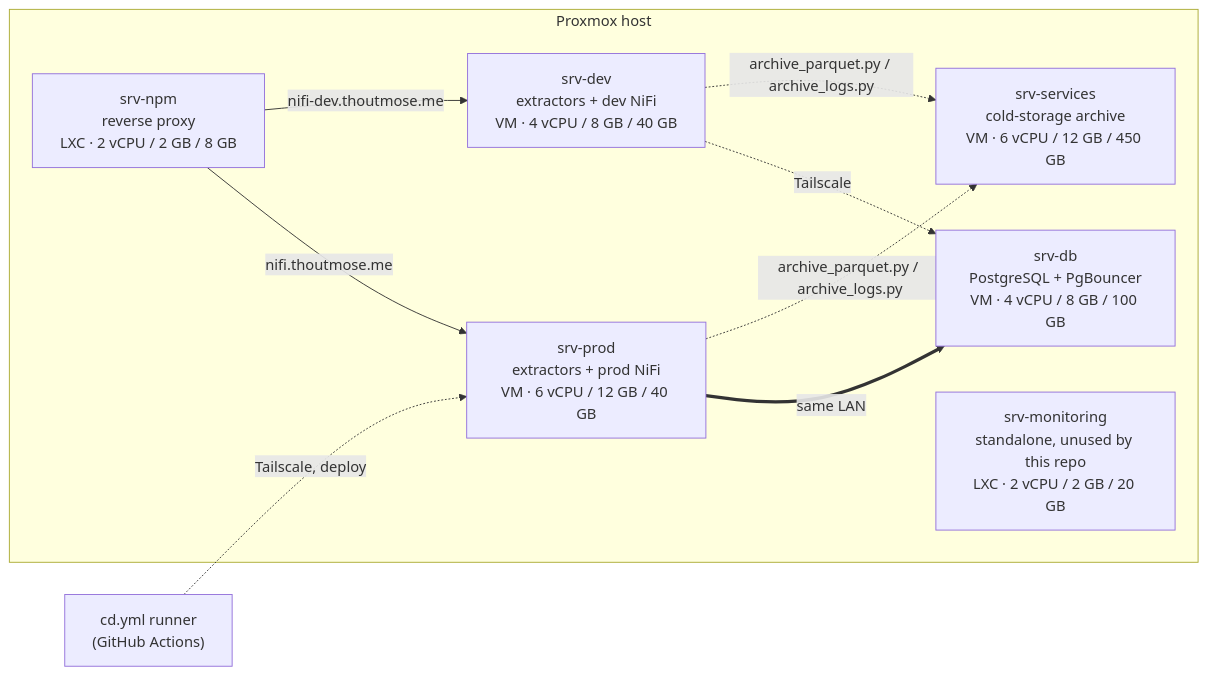
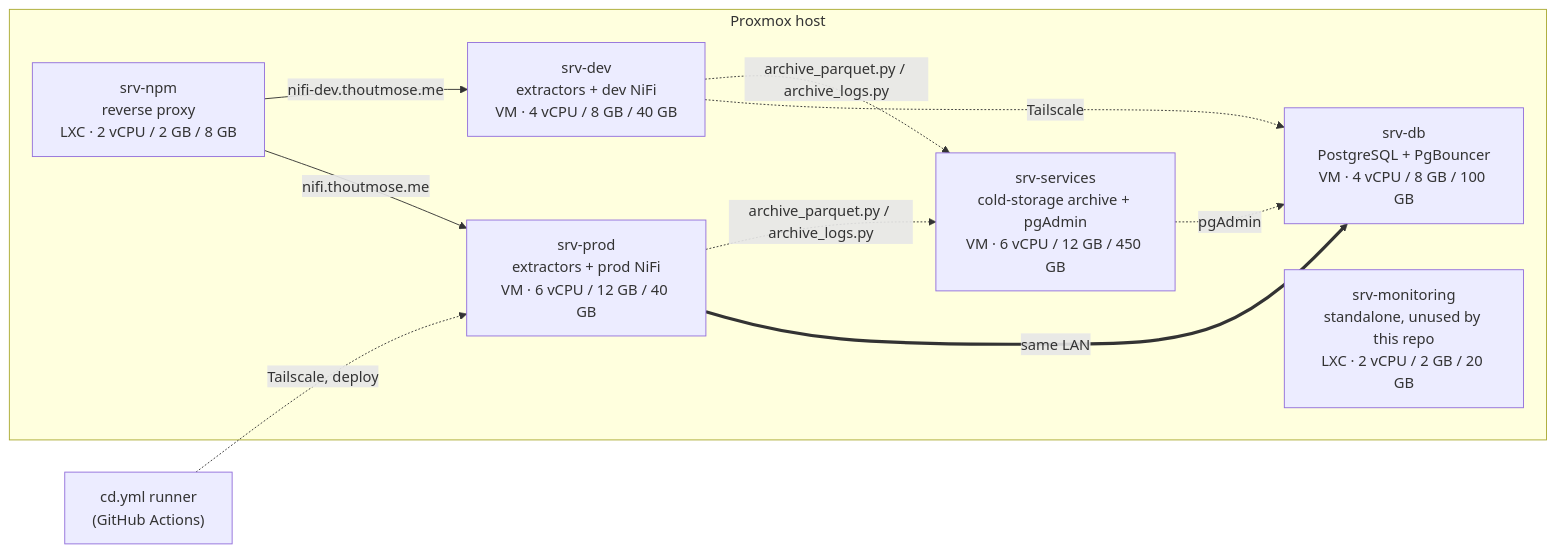
One commit to thoutmose/zevent-analytics changed the second of 2 diagrams in README.md. Above: the diagram before and after it, drawn with Mermaid. The commit also changed other lines of this file and 1 other file, not shown here.

First line of the commit message:
docs: update README for expanded CD scope + pgAdmin, add French translation

````diff
--- a/README.md
+++ b/README.md
@@ -196,20 +196,21 @@
 ```mermaid
 flowchart LR
     subgraph PVE["Proxmox host"]
         NPM["srv-npm<br/>reverse proxy<br/>LXC · 2 vCPU / 2 GB / 8 GB"]
         DEV["srv-dev<br/>extractors + dev NiFi<br/>VM · 4 vCPU / 8 GB / 40 GB"]
         PROD["srv-prod<br/>extractors + prod NiFi<br/>VM · 6 vCPU / 12 GB / 40 GB"]
         DB["srv-db<br/>PostgreSQL + PgBouncer<br/>VM · 4 vCPU / 8 GB / 100 GB"]
-        SVC["srv-services<br/>cold-storage archive<br/>VM · 6 vCPU / 12 GB / 450 GB"]
+        SVC["srv-services<br/>cold-storage archive + pgAdmin<br/>VM · 6 vCPU / 12 GB / 450 GB"]
         MON["srv-monitoring<br/>standalone, unused by this repo<br/>LXC · 2 vCPU / 2 GB / 20 GB"]
     end
     CD["cd.yml runner<br/>(GitHub Actions)"]
 
     NPM -- "nifi.thoutmose.me" --> PROD
     NPM -- "nifi-dev.thoutmose.me" --> DEV
     PROD == same LAN ==> DB
     DEV -. Tailscale .-> DB
     CD -. "Tailscale, deploy" .-> PROD
     DEV -. "archive_parquet.py / archive_logs.py" .-> SVC
     PROD -. "archive_parquet.py / archive_logs.py" .-> SVC
+    SVC -. "pgAdmin" .-> DB
 ```
````
